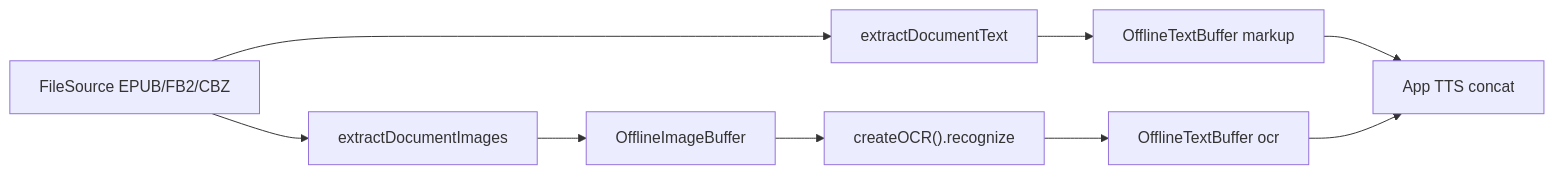
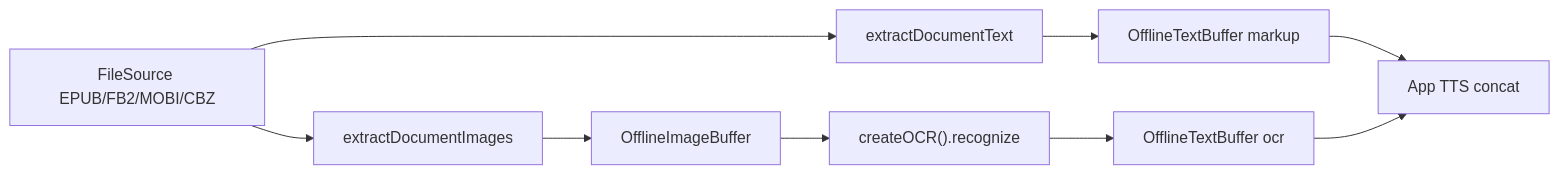
Diagram 12 of 17 in docs/feature-pipelines.md (XDcobra/react-native-sherpa-onnx), drawn with Mermaid before and after one commit. The commit also changed other lines of this file and 7 other files, not shown here.

First line of the commit message:
docs(document): document MOBI extract and foliate-js attribution

````diff
--- a/docs/feature-pipelines.md
+++ b/docs/feature-pipelines.md
@@ -258,11 +258,11 @@
 ```mermaid
 flowchart LR
-  A[FileSource EPUB/FB2/CBZ] --> B[extractDocumentText]
+  A[FileSource EPUB/FB2/MOBI/CBZ] --> B[extractDocumentText]
   B --> C[OfflineTextBuffer markup]
   A --> D[extractDocumentImages]
   D --> E[OfflineImageBuffer]
   E --> F["createOCR().recognize"]
   F --> G[OfflineTextBuffer ocr]
   C --> H[App TTS concat]
   G --> H
 ```
````
